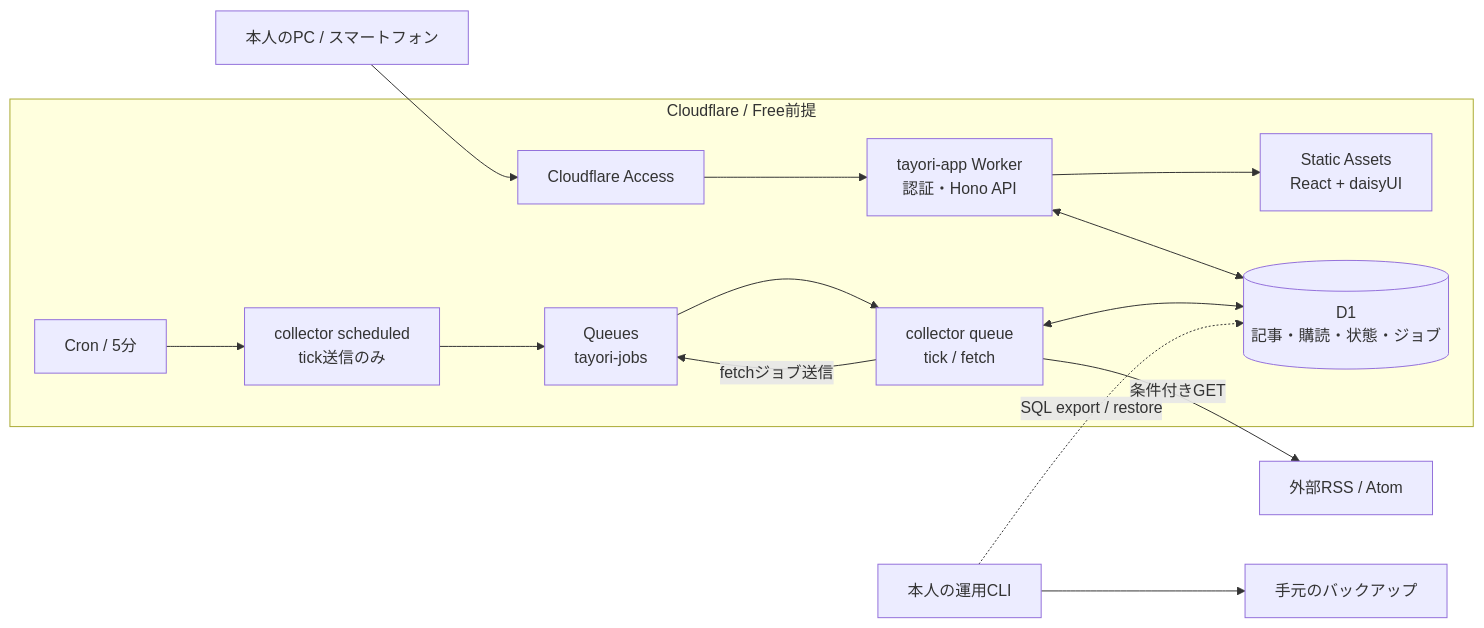
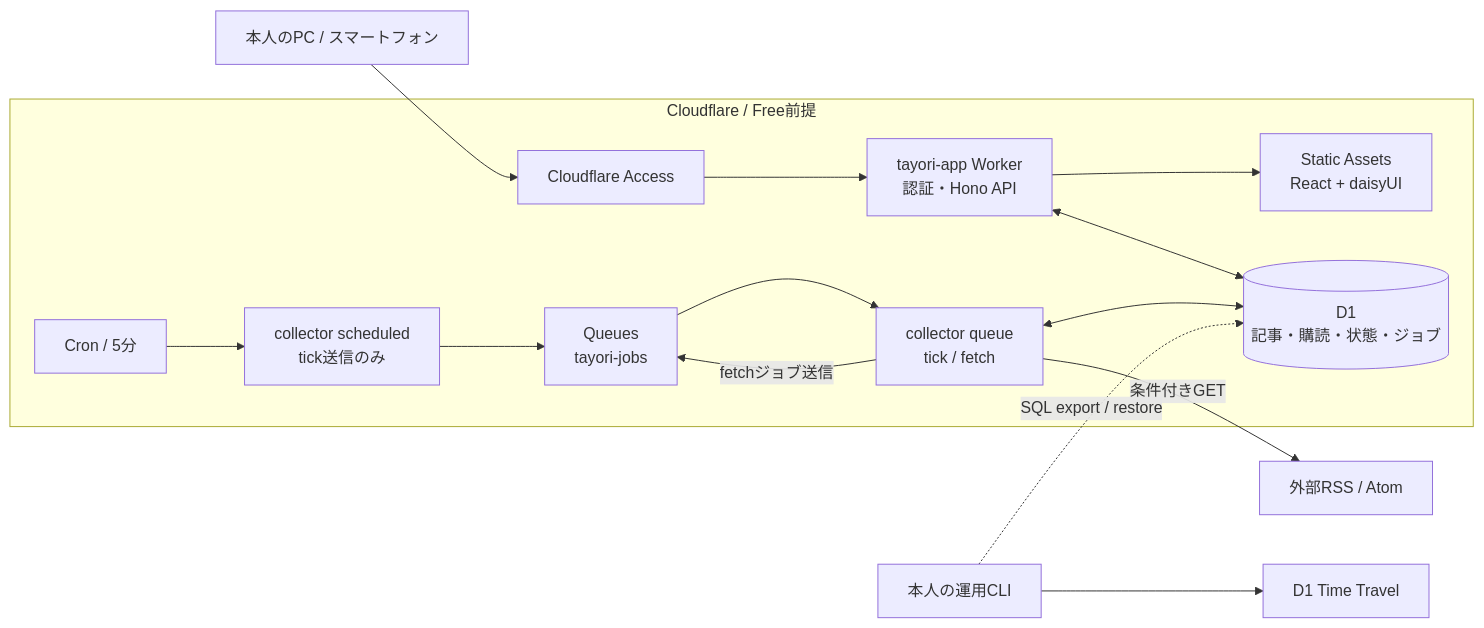
Before and after one commit to moz-sec/tayori: the diagram in docs/03-architecture.md, drawn with Mermaid. The commit also changed 10 other files, not shown here.

````diff
--- a/docs/03-architecture.md
+++ b/docs/03-architecture.md
@@ -7,23 +7,23 @@
 ```mermaid
 flowchart LR
     U["本人のPC / スマートフォン"] --> A["Cloudflare Access"]
     subgraph CF["Cloudflare / Free前提"]
         A --> W["tayori-app Worker
 認証・Hono API"]
         W --> S["Static Assets
 React + daisyUI"]
         W <--> D[("D1
 記事・購読・状態・ジョブ")]
         C["Cron / 5分"] --> H["collector scheduled
 tick送信のみ"]
         H --> Q["Queues
 tayori-jobs"]
         Q --> F["collector queue
 tick / fetch"]
         F -->|"fetchジョブ送信"| Q
         F <--> D
     end
     F -->|"条件付きGET"| E["外部RSS / Atom"]
     O["本人の運用CLI"] -. "SQL export / restore" .-> D
-    O --> B["手元のバックアップ"]
+    O --> B["D1 Time Travel"]
 ```
````
